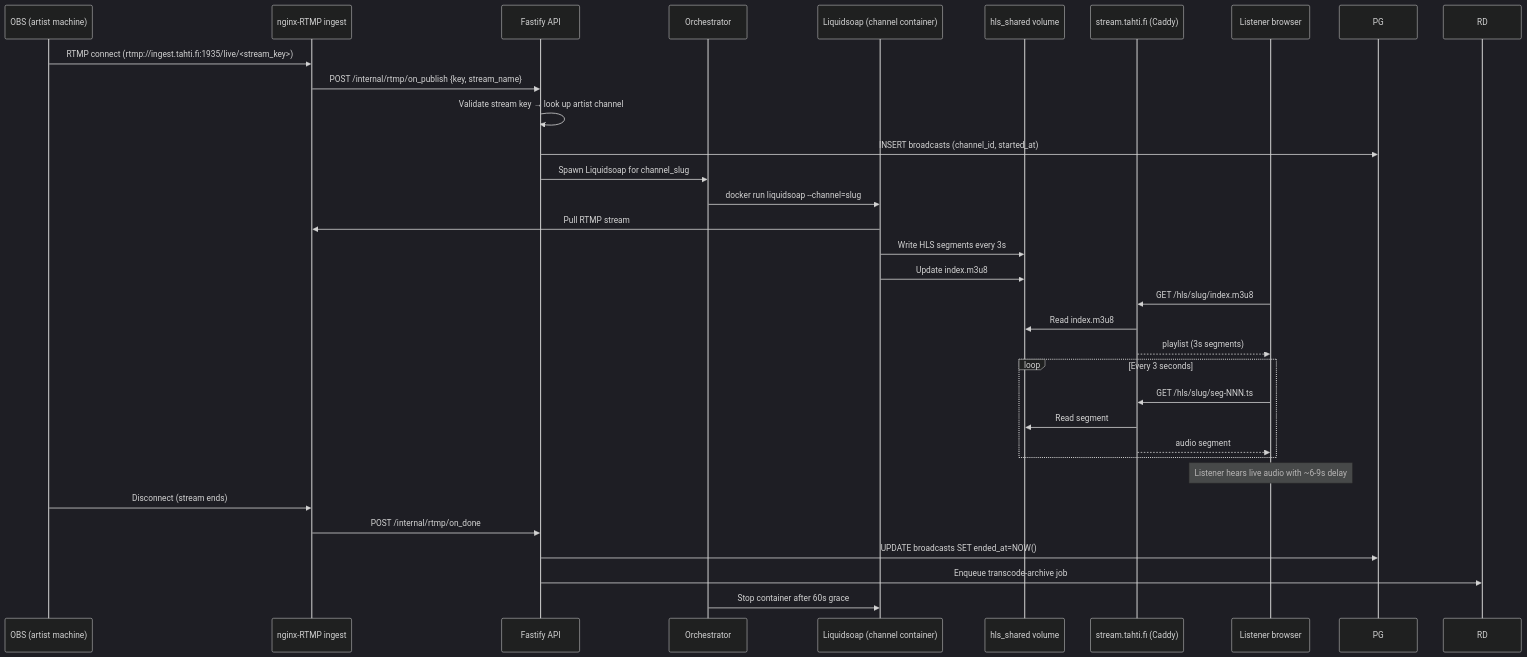
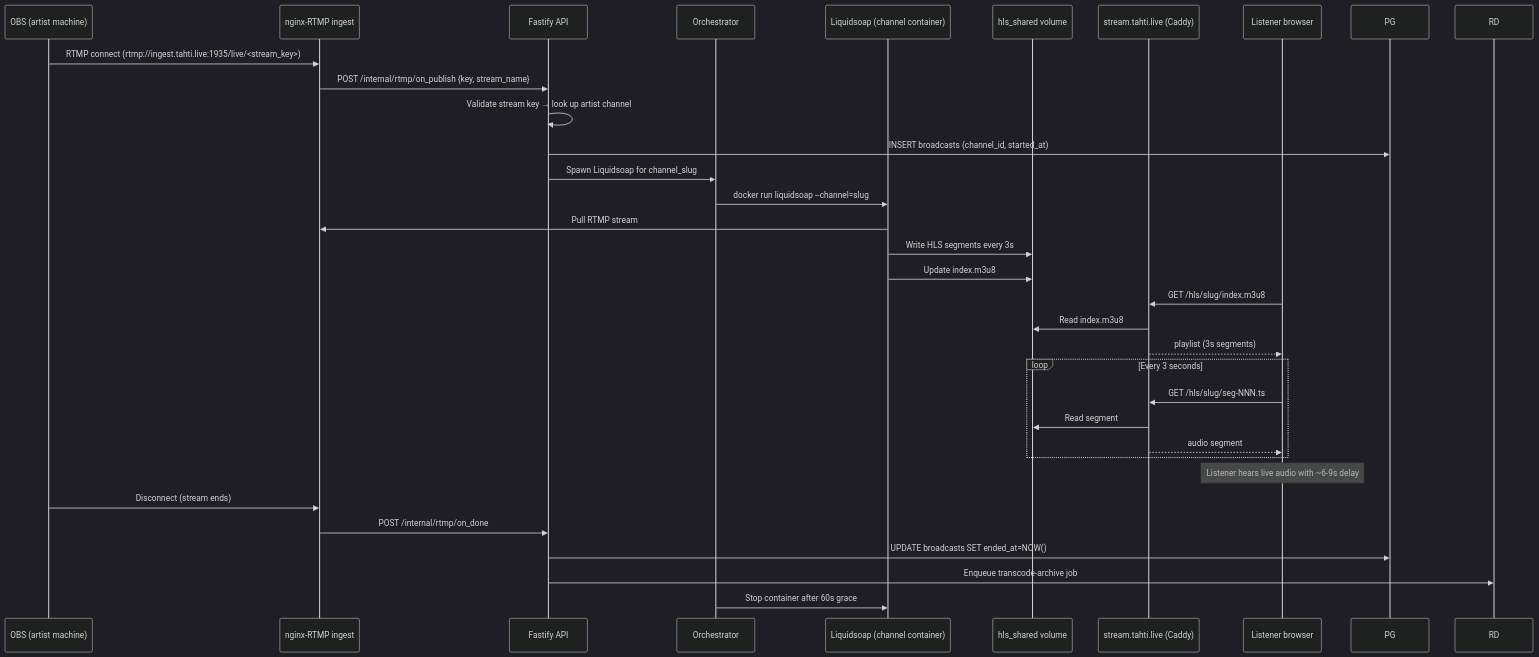
One commit to janiluuk/tahti-org changed the third of 6 diagrams in docs/technical/phase-4.md. Above: the diagram before and after it, drawn with Mermaid (dark theme). The commit also changed other lines of this file and 148 other files, not shown here.

First line of the commit message:
feat(m10): member governance, chat polish, domain rename to tahti.live

````diff
--- a/docs/technical/phase-4.md
+++ b/docs/technical/phase-4.md
@@ -112,38 +112,38 @@
 ```mermaid
 sequenceDiagram
     participant OBS as OBS (artist machine)
     participant RTMP as nginx-RTMP ingest
     participant API as Fastify API
     participant Orch as Orchestrator
     participant LS as Liquidsoap (channel container)
     participant HLS as hls_shared volume
-    participant CDN as stream.tahti.fi (Caddy)
+    participant CDN as stream.tahti.live (Caddy)
     participant L as Listener browser
 
-    OBS->>RTMP: RTMP connect (rtmp://ingest.tahti.fi:1935/live/<stream_key>)
+    OBS->>RTMP: RTMP connect (rtmp://ingest.tahti.live:1935/live/<stream_key>)
     RTMP->>API: POST /internal/rtmp/on_publish {key, stream_name}
     API->>API: Validate stream key → look up artist channel
     API->>PG: INSERT broadcasts (channel_id, started_at)
     API->>Orch: Spawn Liquidsoap for channel_slug
     Orch->>LS: docker run liquidsoap --channel=slug
     LS->>RTMP: Pull RTMP stream
     LS->>HLS: Write HLS segments every 3s
     LS->>HLS: Update index.m3u8
 
     L->>CDN: GET /hls/slug/index.m3u8
     CDN->>HLS: Read index.m3u8
     CDN-->>L: playlist (3s segments)
     loop Every 3 seconds
         L->>CDN: GET /hls/slug/seg-NNN.ts
         CDN->>HLS: Read segment
         CDN-->>L: audio segment
     end
 
     Note over L: Listener hears live audio with ~6-9s delay
 
     OBS->>RTMP: Disconnect (stream ends)
     RTMP->>API: POST /internal/rtmp/on_done
     API->>PG: UPDATE broadcasts SET ended_at=NOW()
     API->>RD: Enqueue transcode-archive job
     Orch->>LS: Stop container after 60s grace
 ```
````
